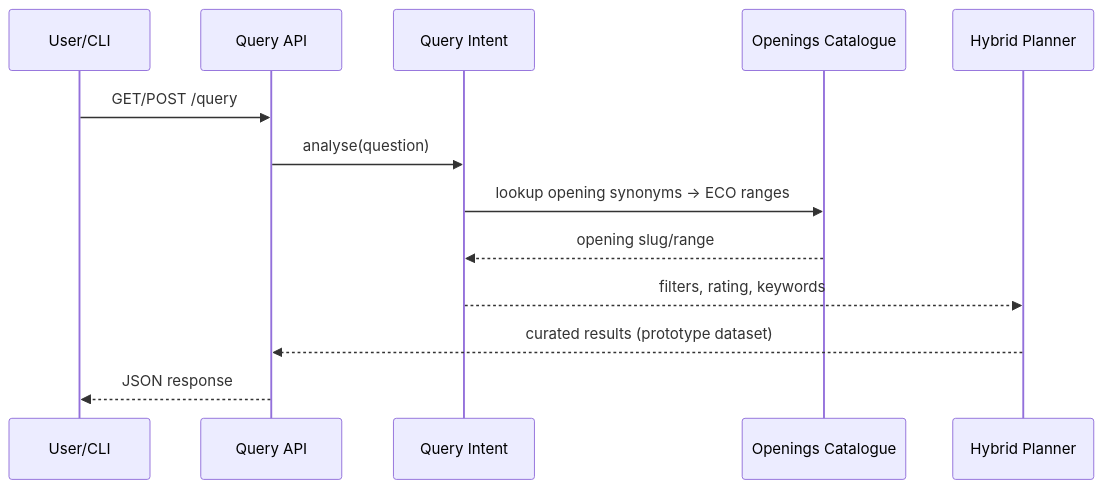
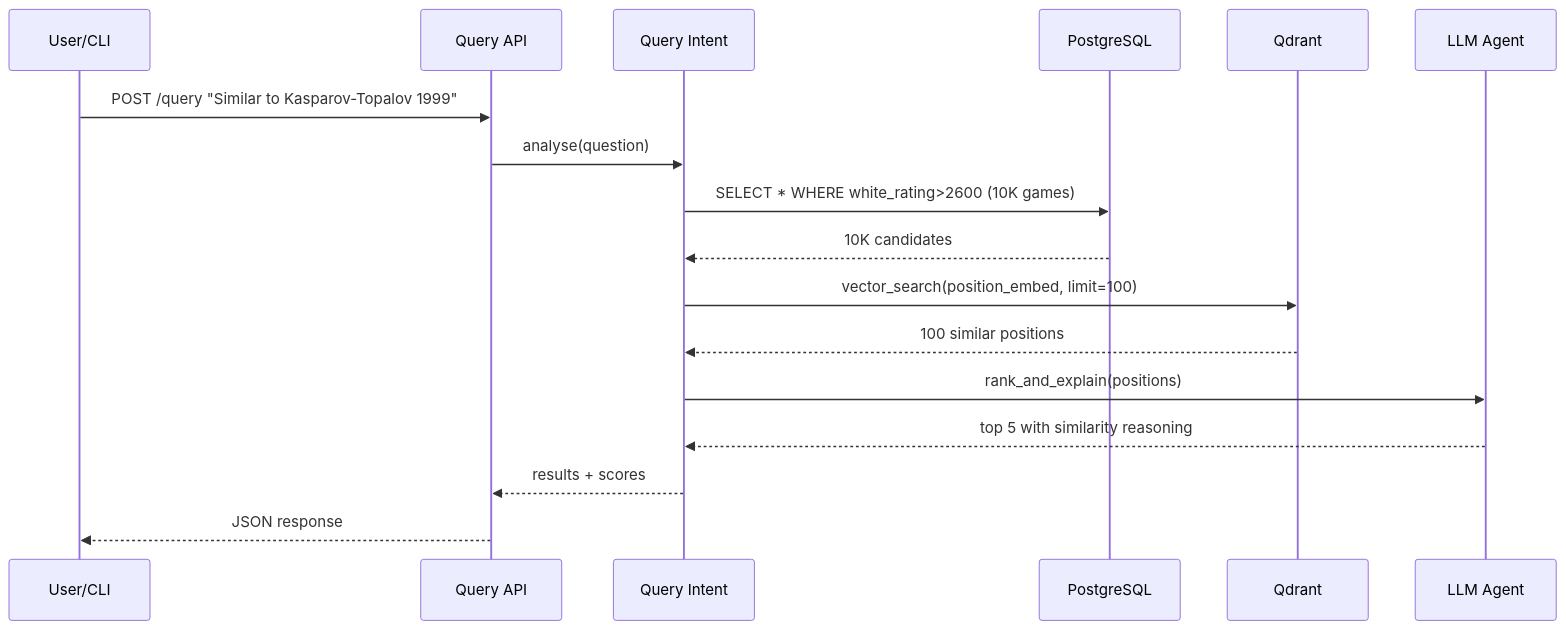
The fifth of 6 diagrams in docs/IMPLEMENTATION_PLAN.md (HendrikReh/chessmate), drawn with Mermaid before and after one commit. The commit also changed other lines of this file, not shown here.

````diff
--- a/docs/IMPLEMENTATION_PLAN.md
+++ b/docs/IMPLEMENTATION_PLAN.md
@@ -84,16 +185,20 @@
 ```mermaid
 sequenceDiagram
   participant User as User/CLI
   participant API as Query API
   participant Intent as Query Intent
-  participant Catalog as Openings Catalogue
-  participant Planner as Hybrid Planner
+  participant PG as PostgreSQL
+  participant Qdrant as Qdrant
+  participant Agent as LLM Agent
 
-  User->>API: GET/POST /query
+  User->>API: POST /query "Similar to Kasparov-Topalov 1999"
   API->>Intent: analyse(question)
-  Intent->>Catalog: lookup opening synonyms → ECO ranges
-  Catalog-->>Intent: opening slug/range
-  Intent-->>Planner: filters, rating, keywords
-  Planner-->>API: curated results (prototype dataset)
+  Intent->>PG: SELECT * WHERE white_rating>2600 (10K games)
+  PG-->>Intent: 10K candidates
+  Intent->>Qdrant: vector_search(position_embed, limit=100)
+  Qdrant-->>Intent: 100 similar positions
+  Intent->>Agent: rank_and_explain(positions)
+  Agent-->>Intent: top 5 with similarity reasoning
+  Intent-->>API: results + scores
   API-->>User: JSON response
 ```
````
